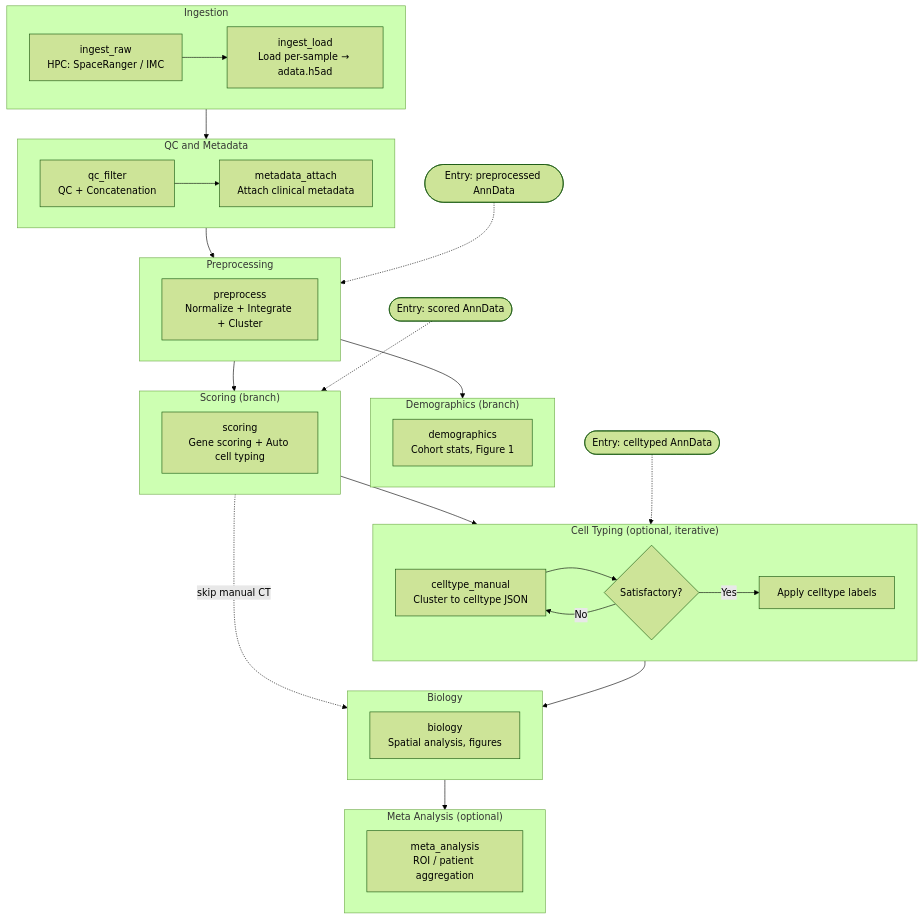
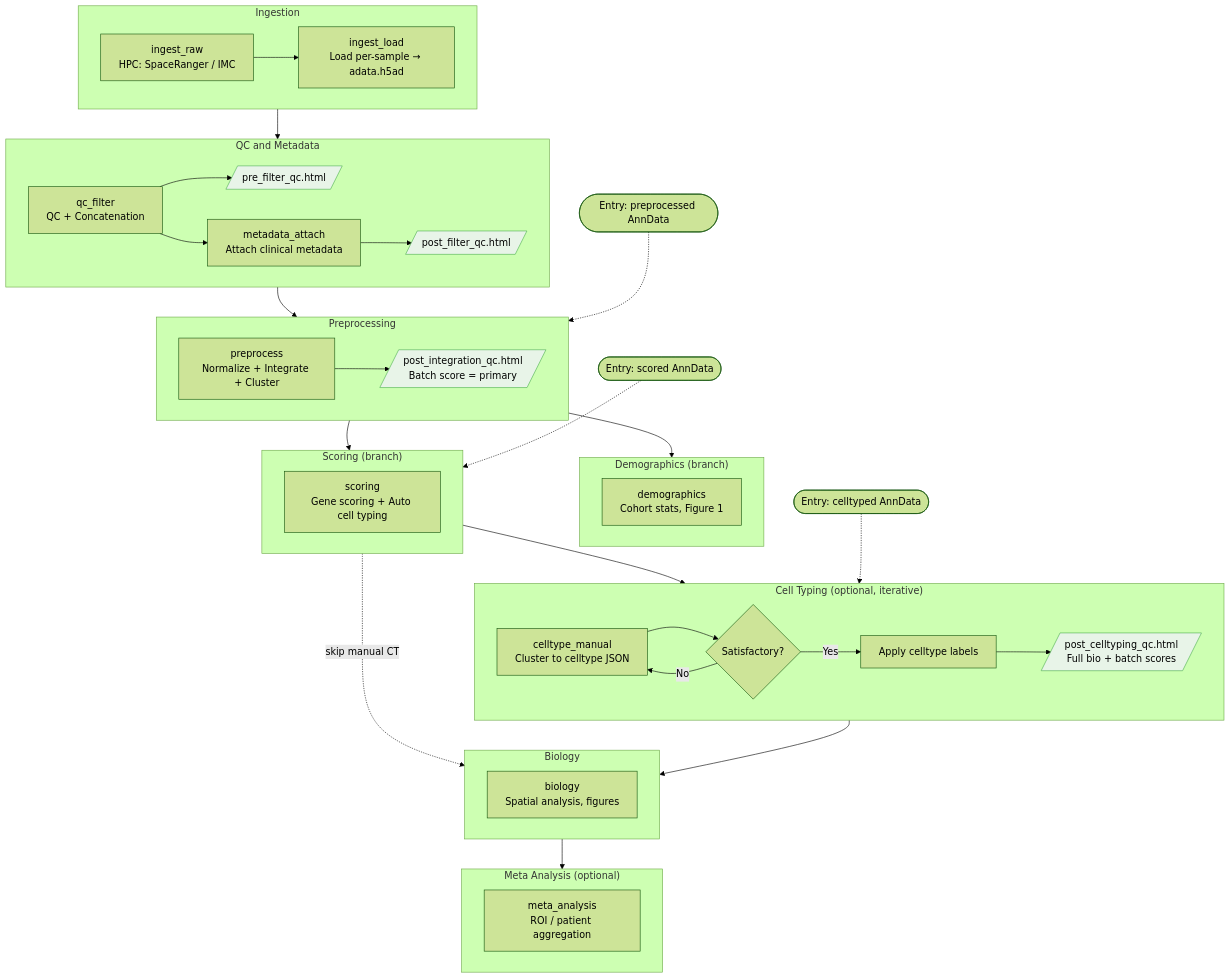
Before and after one commit to yoffelab/sc_tools: the diagram in README.md, drawn with Mermaid (forest theme). The commit also changed other lines of this file and 3 other files, not shown here.

First line of the commit message:
docs: add 4 QC reports to pipeline flow diagram and phase tables

````diff
--- a/README.md
+++ b/README.md
@@ -70,48 +70,56 @@
 ```mermaid
 flowchart TD
     subgraph ING["Ingestion"]
         Z1["ingest_raw<br/>HPC: SpaceRanger / IMC"] --> Z2["ingest_load<br/>Load per-sample → adata.h5ad"]
     end
 
     subgraph QC["QC and Metadata"]
-        A1["qc_filter<br/>QC + Concatenation"] --> A2["metadata_attach<br/>Attach clinical metadata"]
+        A1["qc_filter<br/>QC + Concatenation"] --> QR1[/"pre_filter_qc.html"/]
+        A1 --> A2["metadata_attach<br/>Attach clinical metadata"]
+        A2 --> QR2[/"post_filter_qc.html"/]
     end
 
     subgraph PRE["Preprocessing"]
-        C1["preprocess<br/>Normalize + Integrate + Cluster"]
+        C1["preprocess<br/>Normalize + Integrate + Cluster"] --> QR3[/"post_integration_qc.html<br/>Batch score = primary"/]
     end
 
     subgraph DEM["Demographics (branch)"]
         D1["demographics<br/>Cohort stats, Figure 1"]
     end
 
     subgraph SCO["Scoring (branch)"]
         D3["scoring<br/>Gene scoring + Auto cell typing"]
     end
 
     subgraph CT["Cell Typing (optional, iterative)"]
         E1["celltype_manual<br/>Cluster to celltype JSON"] --> E2{Satisfactory?}
         E2 -->|No| E1
         E2 -->|Yes| E3[Apply celltype labels]
+        E3 --> QR4[/"post_celltyping_qc.html<br/>Full bio + batch scores"/]
     end
 
     subgraph BIO["Biology"]
         F1["biology<br/>Spatial analysis, figures"]
     end
 
     subgraph META["Meta Analysis (optional)"]
         G1["meta_analysis<br/>ROI / patient aggregation"]
     end
 
     ING --> QC --> PRE
     PRE --> DEM
     PRE --> SCO
     SCO --> CT
     SCO -.->|skip manual CT| BIO
     CT --> BIO
     BIO --> META
 
     START_P3(["Entry: preprocessed AnnData"]) -.-> PRE
     START_P35(["Entry: scored AnnData"]) -.-> SCO
     START_P4(["Entry: celltyped AnnData"]) -.-> CT
+
+    style QR1 fill:#e8f4e8,stroke:#4caf50
+    style QR2 fill:#e8f4e8,stroke:#4caf50
+    style QR3 fill:#e8f4e8,stroke:#4caf50
+    style QR4 fill:#e8f4e8,stroke:#4caf50
 ```
````
